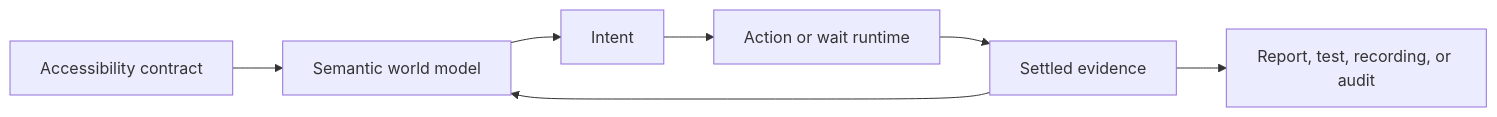
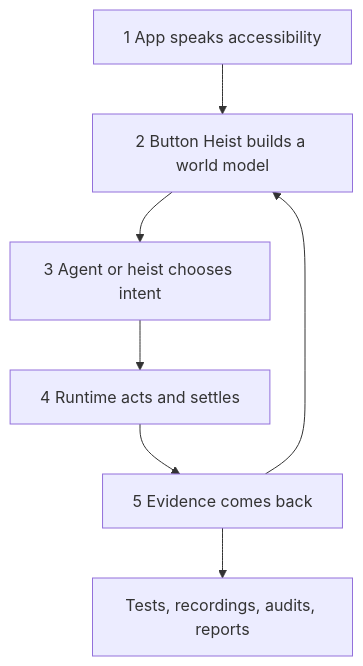
Before and after one commit to RoyalPineapple/TheButtonHeist: the first of 2 diagrams in README.md, drawn with Mermaid. The commit also changed other lines of this file, not shown here.

````diff
--- a/README.md
+++ b/README.md
@@ -32,9 +32,16 @@
 ```mermaid
-flowchart LR
-    Contract["Accessibility contract"] --> Model["Semantic world model"]
-    Model --> Intent["Intent"]
-    Intent --> Runtime["Action or wait runtime"]
-    Runtime --> Evidence["Settled evidence"]
+flowchart TB
+    AX["1 App speaks accessibility"]
+    Model["2 Button Heist builds a world model"]
+    Intent["3 Agent or heist chooses intent"]
+    Runtime["4 Runtime acts and settles"]
+    Evidence["5 Evidence comes back"]
+    Output["Tests, recordings, audits, reports"]
+
+    AX --> Model
+    Model --> Intent
+    Intent --> Runtime
+    Runtime --> Evidence
     Evidence --> Model
-    Evidence --> Output["Report, test, recording, or audit"]
+    Evidence --> Output
 ```
````
